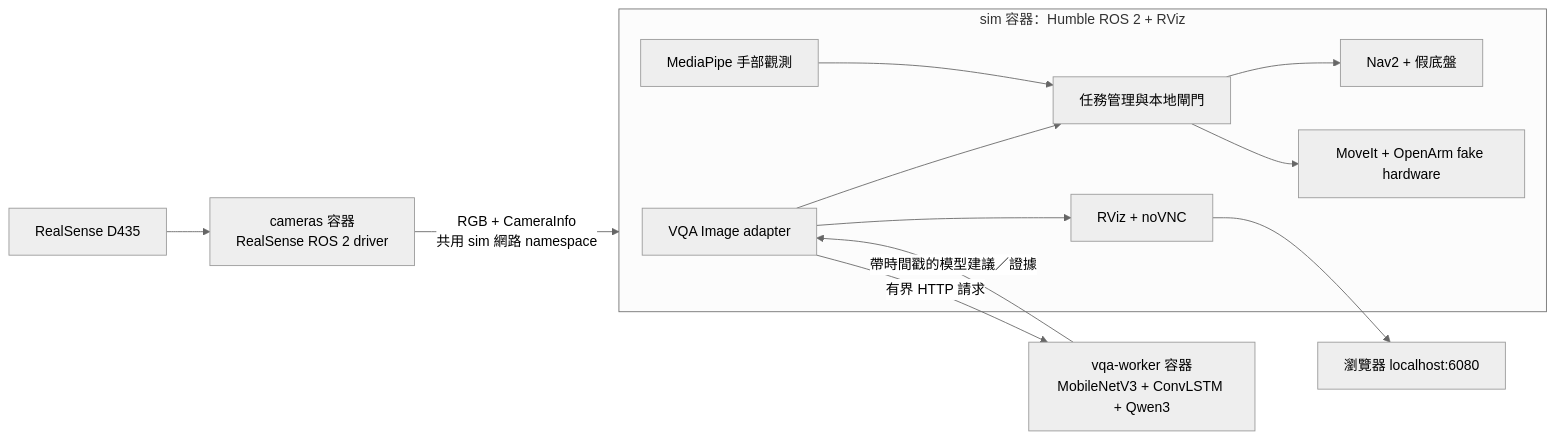
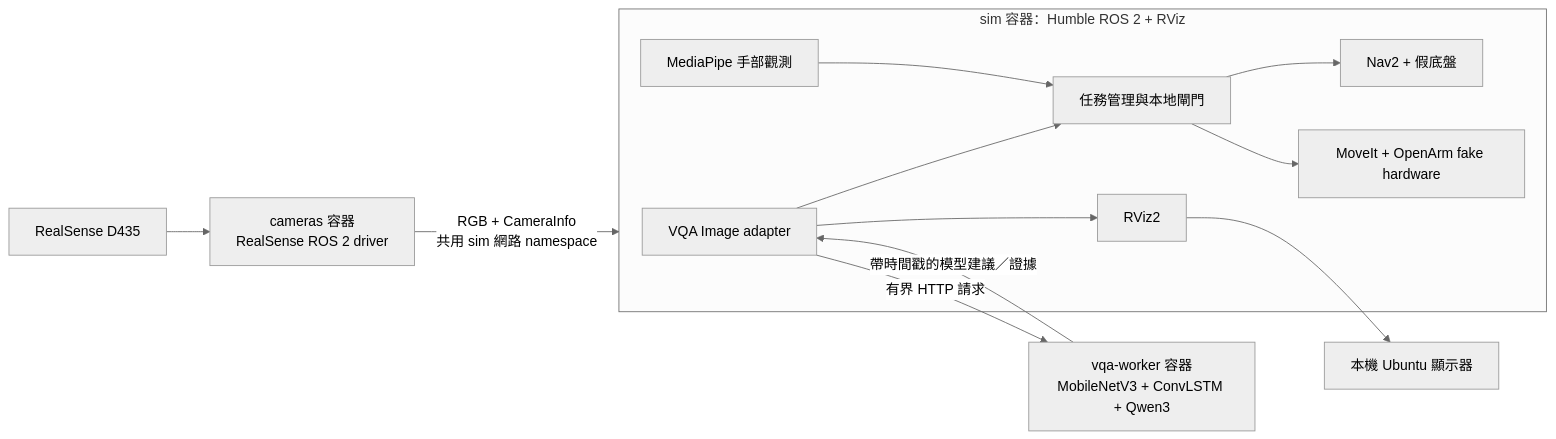
One commit to LesterLiou/itri-retail-robot changed the diagram in README.md. Above: the diagram before and after it, drawn with Mermaid (neutral theme). The commit also changed other lines of this file and 41 other files, not shown here.

````diff
--- a/README.md
+++ b/README.md
@@ -30,21 +41,21 @@
 ```mermaid
 flowchart LR
     USB[RealSense D435] --> CAM["cameras 容器\nRealSense ROS 2 driver"]
     CAM -->|"RGB + CameraInfo\n共用 sim 網路 namespace"| ROS
     subgraph ROS["sim 容器：Humble ROS 2 + RViz"]
         AD[VQA Image adapter]
         HAND[MediaPipe 手部觀測]
         TASK[任務管理與本地閘門]
         NAV[Nav2 + 假底盤]
         ARM[MoveIt + OpenArm fake hardware]
-        GUI[RViz + noVNC]
+        GUI[RViz2]
         AD --> TASK
         HAND --> TASK
         TASK --> NAV
         TASK --> ARM
         AD --> GUI
     end
     AD -->|"有界 HTTP 請求"| GPU["vqa-worker 容器\nMobileNetV3 + ConvLSTM + Qwen3"]
     GPU -->|"帶時間戳的模型建議／證據"| AD
-    GUI --> WEB["瀏覽器 localhost:6080"]
+    GUI --> SCREEN["本機 Ubuntu 顯示器"]
 ```
````
